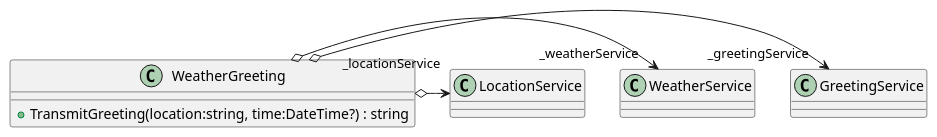
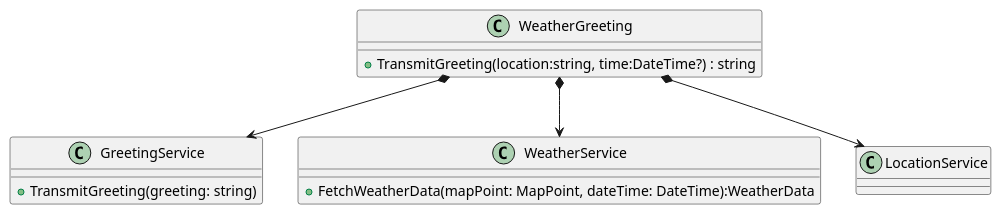
The diagram in WeatherGreeting/WeatherGreeting/WeatherGreeting.puml (d-german/weather-greeting), drawn with PlantUML before and after one commit.

Commit message:
made some changes

```diff
--- a/WeatherGreeting/WeatherGreeting/WeatherGreeting.puml
+++ b/WeatherGreeting/WeatherGreeting/WeatherGreeting.puml
@@ -1,8 +1,16 @@
 @startuml
 class WeatherGreeting {
     + TransmitGreeting(location:string, time:DateTime?) : string
 }
-WeatherGreeting o-> "_greetingService" GreetingService
-WeatherGreeting o-> "_weatherService" WeatherService
-WeatherGreeting o-> "_locationService" LocationService
+
+class GreetingService {
++ TransmitGreeting(greeting: string)
+}
+
+class WeatherService {
++ FetchWeatherData(mapPoint: MapPoint, dateTime: DateTime):WeatherData
+}
+WeatherGreeting *--> GreetingService
+WeatherGreeting *--> WeatherService
+WeatherGreeting *--> LocationService
 @enduml
```
